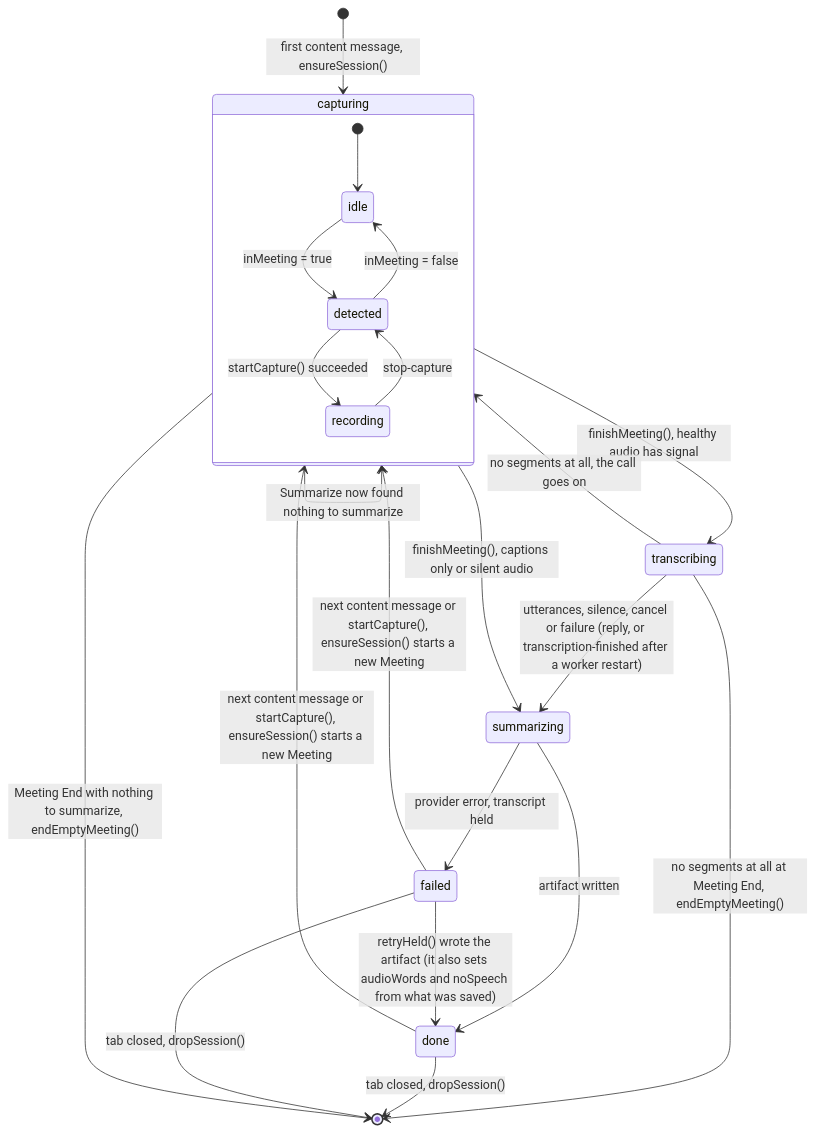
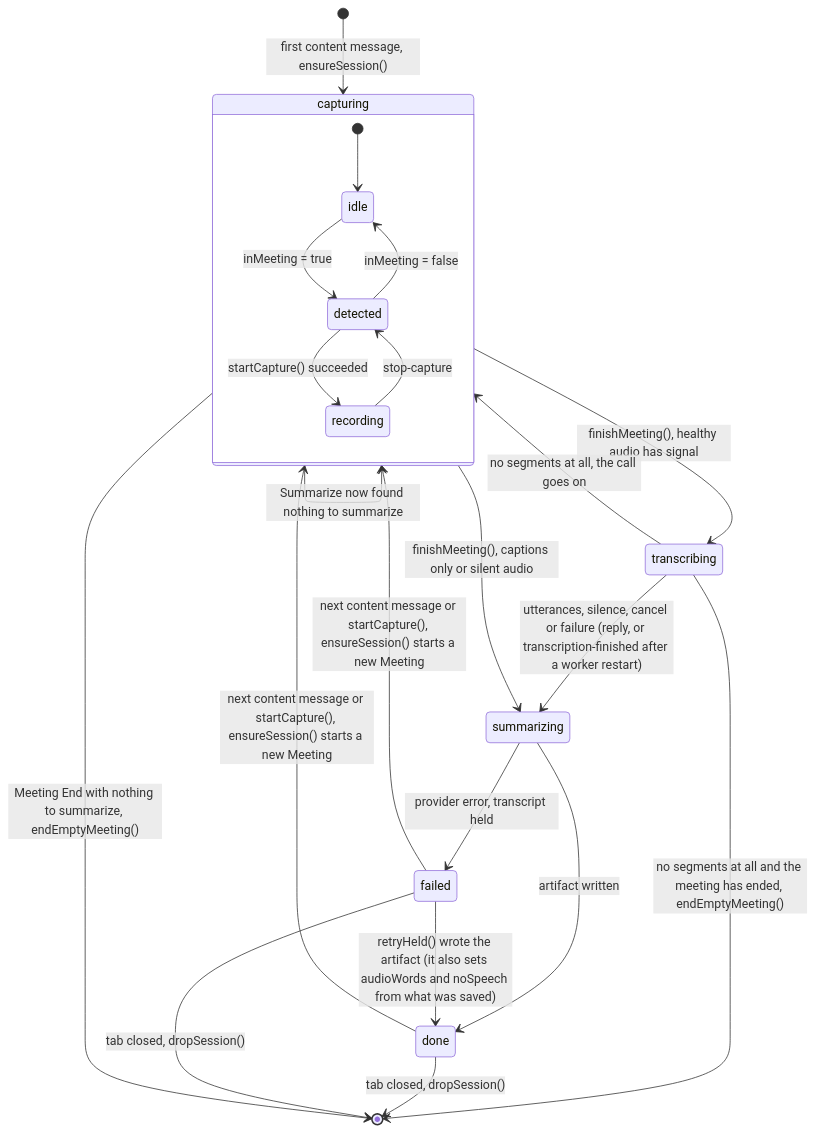
The fifth of 11 diagrams in docs/ARCHITECTURE.md (dominic676767/meeting-summarizer), drawn with Mermaid before and after one commit. The commit also changed other lines of this file and 2 other files, not shown here.

Commit message:
End an empty Meeting that ended while its audio was being transcribed
summarizeSession dropped an empty session only when the trigger that
started the processing was a Meeting End. The trigger tells how the
processing started, not whether the meeting is over now. After Summarize
now near the end of a call, the meeting can end while the audio is being
transcribed: finishMeeting then only sets inMeeting to false, because
the session is "transcribing". When the audio had no speech and there
were no captions, the session went back to "capturing" with its old
clock, silent spans and noSpeech, and the next meeting in the tab
inherited them. The worker-restart path had the same gap.

The empty-result branch now decides by the meeting as it is then: if
inMeeting is false, endEmptyMeeting drops the session. The endsMeeting
helper had one caller left, so it is removed.

A new test runs Summarize now, Meeting End during transcription, and a
no-speech result, and expects the session to be dropped and its silent
span deleted. It fails on the old code.

npx tsc --noEmit passes. npx vitest run: 923 passed, 1 skipped.

````diff
--- a/docs/ARCHITECTURE.md
+++ b/docs/ARCHITECTURE.md
@@ -329,27 +329,27 @@
 ```mermaid
 stateDiagram-v2
     [*] --> capturing: first content message, ensureSession()
 
     state capturing {
         [*] --> idle
         idle --> detected: inMeeting = true
         detected --> recording: startCapture() succeeded
         recording --> detected: stop-capture
         detected --> idle: inMeeting = false
     }
 
     capturing --> transcribing: finishMeeting(), healthy audio has signal
     capturing --> summarizing: finishMeeting(), captions only or silent audio
     capturing --> capturing: Summarize now found nothing to summarize
     capturing --> [*]: Meeting End with nothing to summarize, endEmptyMeeting()
     transcribing --> summarizing: utterances, silence, cancel or failure (reply, or transcription-finished after a worker restart)
     transcribing --> capturing: no segments at all, the call goes on
-    transcribing --> [*]: no segments at all at Meeting End, endEmptyMeeting()
+    transcribing --> [*]: no segments at all and the meeting has ended, endEmptyMeeting()
     summarizing --> done: artifact written
     summarizing --> failed: provider error, transcript held
     failed --> done: retryHeld() wrote the artifact (it also sets audioWords and noSpeech from what was saved)
     done --> capturing: next content message or startCapture(), ensureSession() starts a new Meeting
     failed --> capturing: next content message or startCapture(), ensureSession() starts a new Meeting
     done --> [*]: tab closed, dropSession()
     failed --> [*]: tab closed, dropSession()
 ```
````
